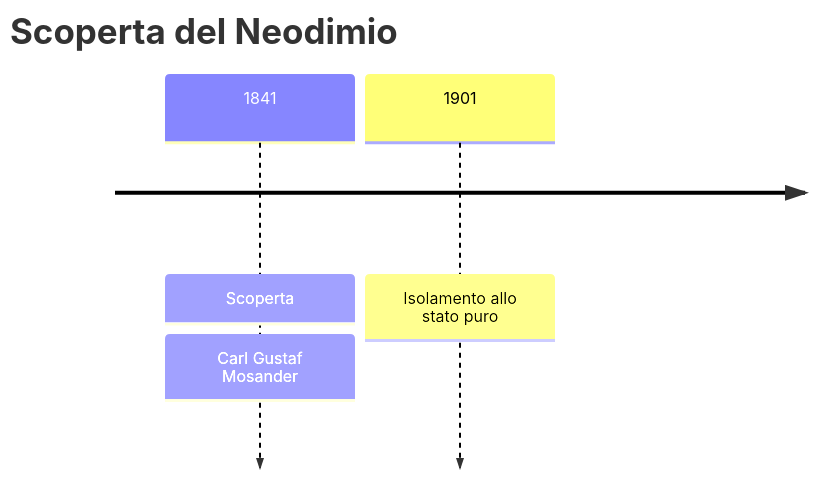
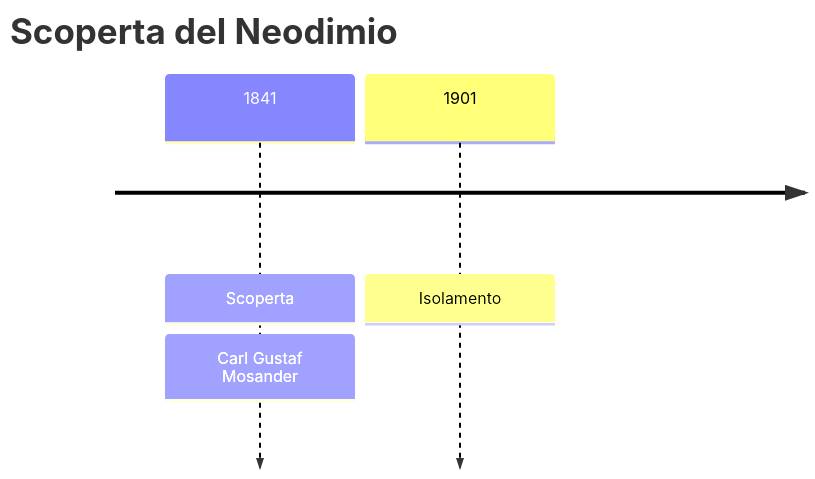
Before and after one commit to gianlucaciarcelluti/elements-caos: the first of 2 diagrams in vault/Elementi/Neodimio.md, drawn with Mermaid. The commit also changed 56 other files, not shown here.

````diff
--- a/vault/Elementi/Neodimio.md
+++ b/vault/Elementi/Neodimio.md
@@ -28,6 +28,6 @@
 ```mermaid
 timeline
     title Scoperta del Neodimio
     1841 : Scoperta : Carl Gustaf Mosander
-    1901 : Isolamento allo stato puro
+    1901 : Isolamento
 ```
````
